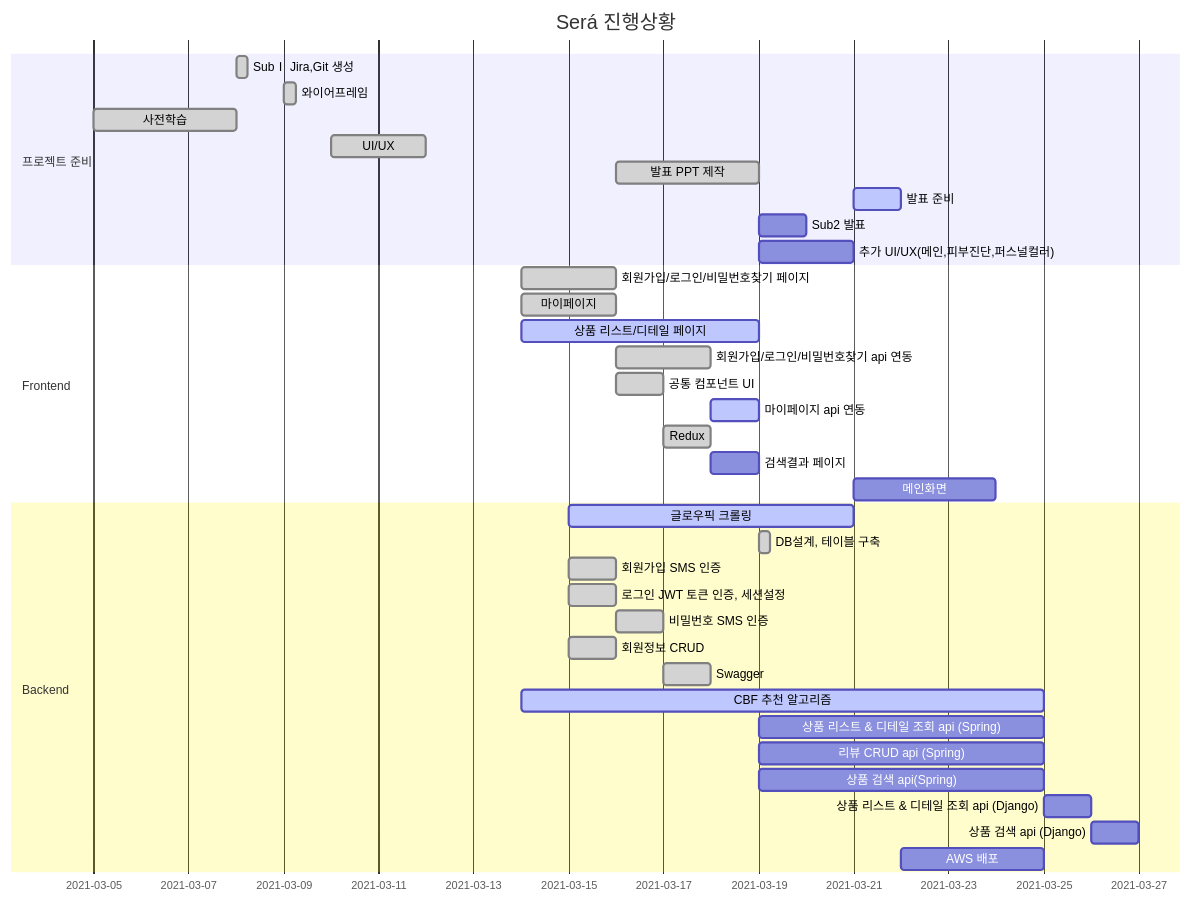
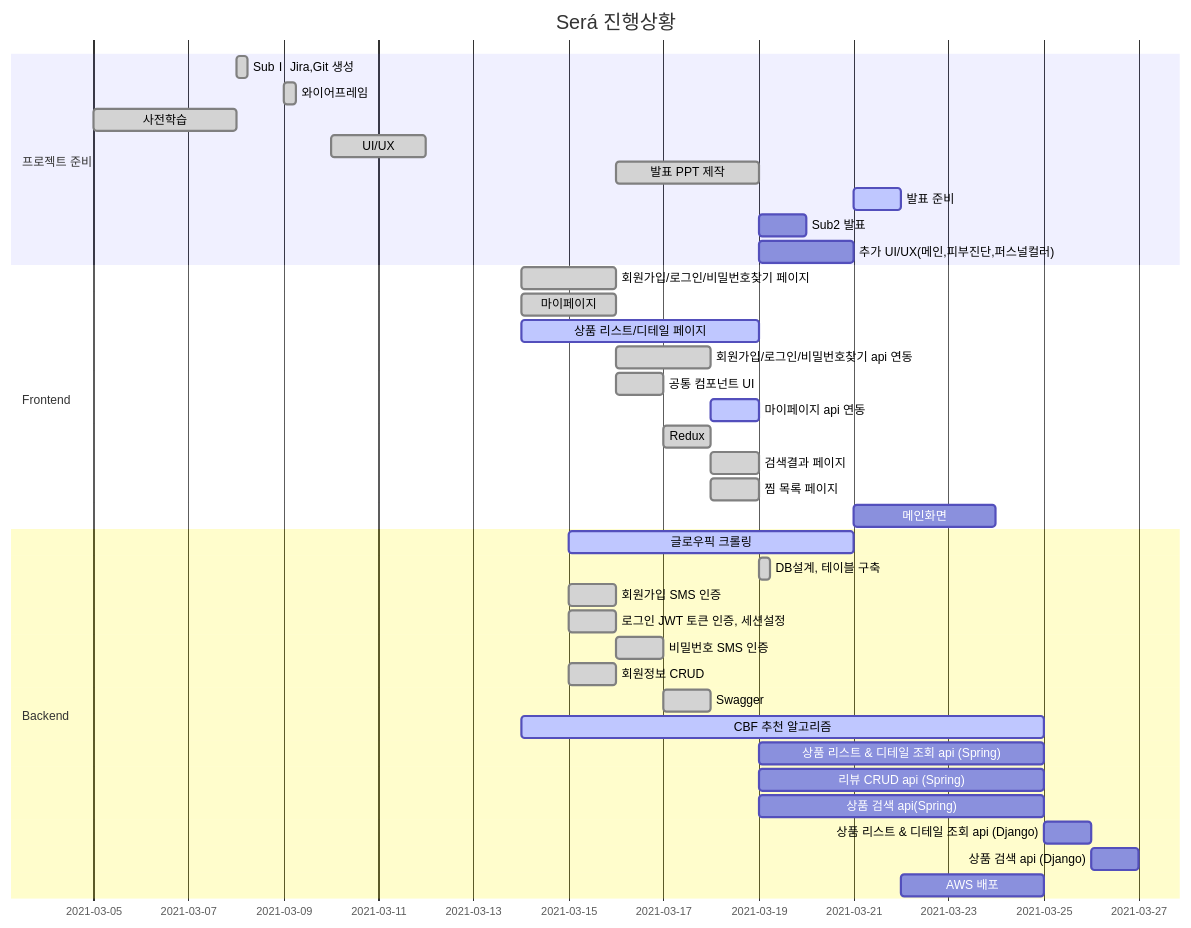
Before and after one commit to jihyeong2/PJT-Sera: the diagram in README.md, drawn with Mermaid.

Commit message:
README_0319 : gantt chart 수정

````diff
--- a/README.md
+++ b/README.md
@@ -32,43 +32,44 @@
 ```mermaid
 gantt
     title Será 진행상황
     dateFormat  YYYY-MM-DD
     section 프로젝트 준비
     SubⅠ Jira,Git 생성  :done, 2021-03-08, 6h
     와이어프레임 : done, 2021-03-09, 6h
     사전학습   :done, 2021-03-05, 3d
     UI/UX   : done,   2021-03-10, 2d
     발표 PPT 제작: done, t8, 2021-03-16, 3d
     발표 준비 : active,t9, after t8, 1d
     Sub2 발표 : t10, 2021-03-19, 1d
     추가 UI/UX(메인,피부진단,퍼스널컬러): t8, 2021-03-19, 2d
 
     section Frontend
    	회원가입/로그인/비밀번호찾기 페이지 :  done, t1, 2021-03-14, 2d
    	마이페이지 :  done, t2, 2021-03-14, 2d
    	상품 리스트/디테일 페이지  : active, t3, 2021-03-14, 5d
     회원가입/로그인/비밀번호찾기 api 연동 : done, t4, after t1,2d
     공통 컴포넌트 UI : done, t7, 2021-03-16, 1d
     마이페이지 api 연동: active, t5, 2021-03-18, 1d
     Redux : done, t6, 2021-03-17, 1d
-  	검색결과 페이지 : t11, 2021-03-18, 1d
+  	검색결과 페이지 : done, t11, 2021-03-18, 1d
+  	찜 목록 페이지 : done, t12, 2021-03-18, 1d
   	메인화면: t12, after t8, 3d
 
     
     section Backend
   	글로우픽 크롤링 : active, b_t1, 2021-03-15, 6d
   	DB설계, 테이블 구축 : done, b_t2, after 2021-03-12, 6h
     회원가입 SMS 인증 : done, b_t4, 2021-03-15, 1d
     로그인 JWT 토큰 인증, 세션설정 : done, b_t5, 2021-03-15, 1d
     비밀번호 SMS 인증 : done, b_t6, 2021-03-16, 1d
     회원정보 CRUD : done, b_t7, 2021-03-15, 1d
     Swagger : done, b_t8, after b_t6, 1d
     CBF 추천 알고리즘 : active, b_t3, 2021-03-14, 11d
     상품 리스트 & 디테일 조회 api (Spring): b_t9, 2021-03-19,6d
     리뷰 CRUD api (Spring): b_t10, 2021-03-19, 6d
 	상품 검색 api(Spring):  b_t12, 2021-03-19, 6d
     상품 리스트 & 디테일 조회 api (Django): b_t11, after b_t3, 1d
     상품 검색 api (Django): b_t13, after b_t11, 1d
     AWS 배포: b_t13, 2021-03-22, 3d
     
 ```
````
